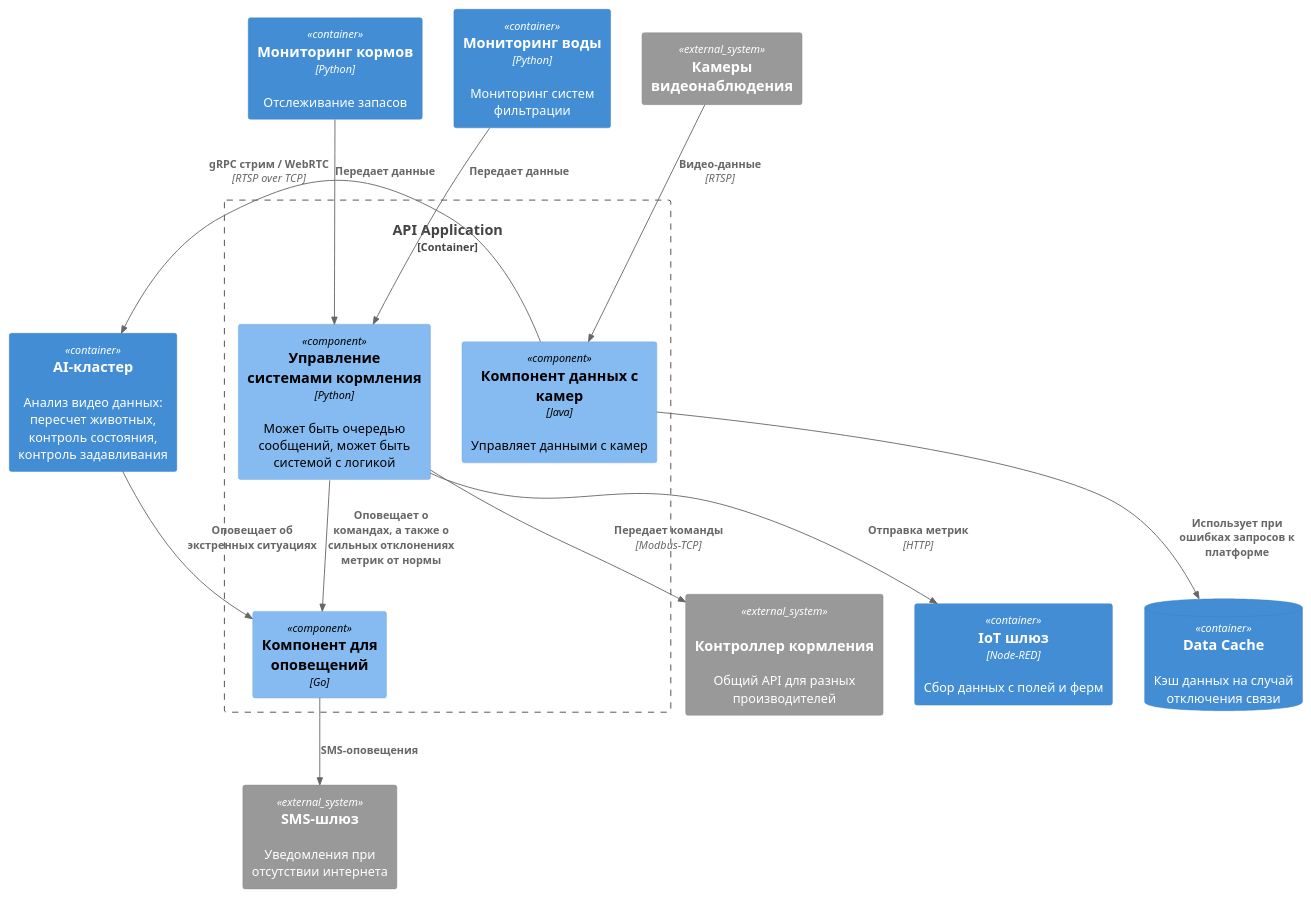
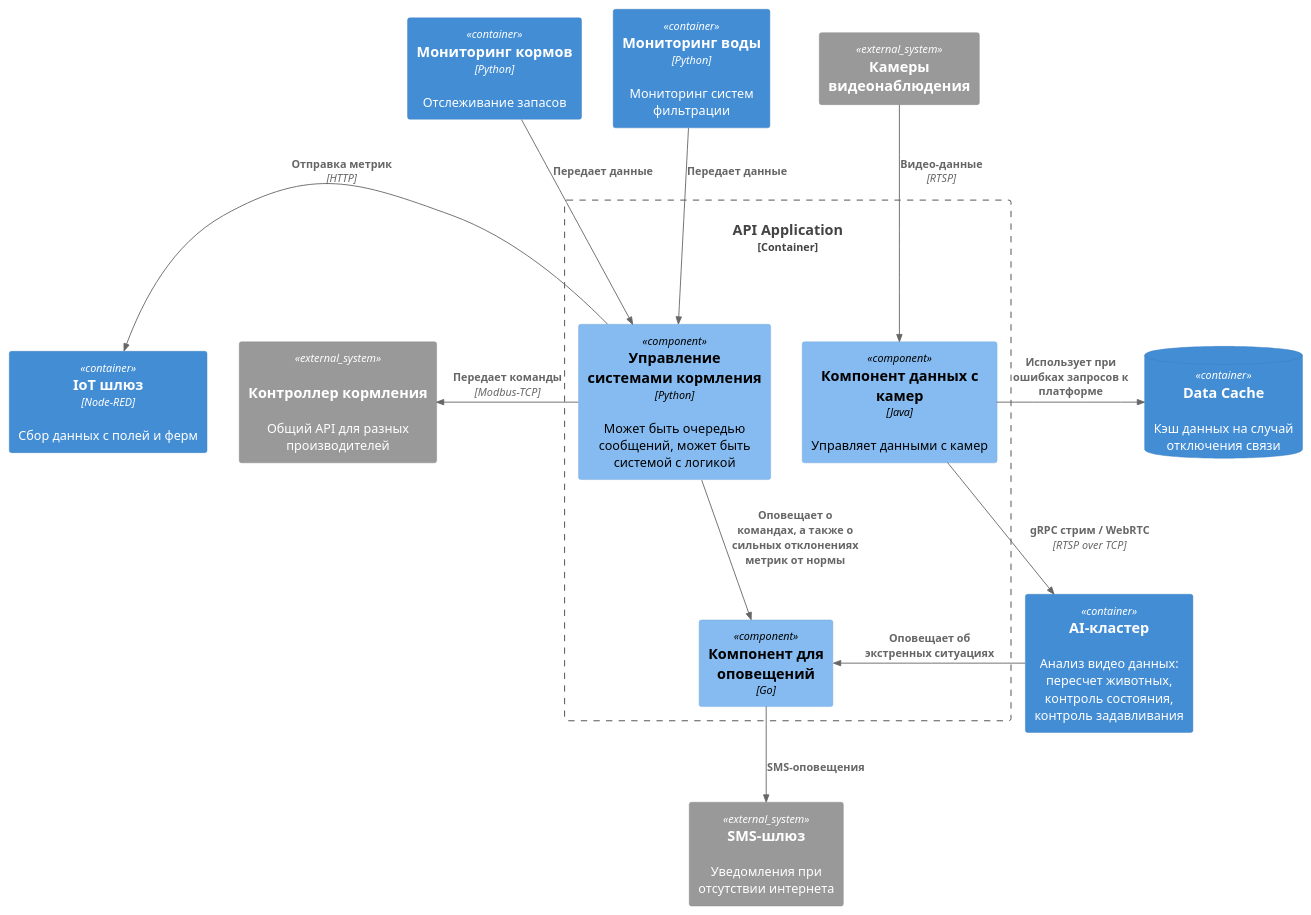
One commit to badKOT/MSA-AgroTech changed the diagram in Task3/agrotech_c3_1.puml. Above: the diagram before and after it, drawn with PlantUML. The commit also changed 3 other files, not shown here.

Commit message:
Диаграммы кода

```diff
--- a/Task3/agrotech_c3_1.puml
+++ b/Task3/agrotech_c3_1.puml
@@ -1,33 +1,33 @@
 @startuml
 !include https://raw.githubusercontent.com/plantuml-stdlib/C4-PlantUML/master/C4_Component.puml
 
 ContainerDb(cache, "Data Cache", "", "Кэш данных на случай отключения связи")
 
 Container(food_mnt, "Мониторинг кормов", "Python", "Отслеживание запасов")
 Container(water_mnt, "Мониторинг воды", "Python", "Мониторинг систем фильтрации")
 
 Container_Boundary(mvp, "API Application") {
     Component(cam_proxy, "Компонент данных с камер", "Java", "Управляет данными с камер")
     Component(feeding_control_component, "Управление системами кормления", "Python", "Может быть очередью сообщений, может быть системой с логикой")
     Component(notification_component, "Компонент для оповещений", "Go")
 }
 
 System_Ext(cam_vendor, "Камеры видеонаблюдения")
 System_Ext(sms_gateway, "SMS-шлюз", "Уведомления при отсутствии интернета")
 System_Ext(feeding_system, "Контроллер кормления", "Общий API для разных производителей", "Modbus/OPC-UA")
 Container(iot_gw, "IoT шлюз", "Node-RED", "Сбор данных с полей и ферм")
 Container(ai_cluster, "AI-кластер", "", "Анализ видео данных: пересчет животных, контроль состояния, контроль задавливания")
 
 Rel(food_mnt, feeding_control_component, "Передает данные")
 Rel(water_mnt, feeding_control_component, "Передает данные")
-Rel(feeding_control_component, feeding_system, "Передает команды", "Modbus-TCP")
-Rel(feeding_control_component, iot_gw, "Отправка метрик", "HTTP")
+Rel_L(feeding_control_component, feeding_system, "Передает команды", "Modbus-TCP")
+Rel_L(feeding_control_component, iot_gw, "Отправка метрик", "HTTP")
 Rel(feeding_control_component, notification_component, "Оповещает о командах, а также о сильных отклонениях метрик от нормы")
 
 Rel(cam_vendor, cam_proxy, "Видео-данные", "RTSP")
-Rel(cam_proxy, cache, "Использует при ошибках запросов к платформе")
+Rel_R(cam_proxy, cache, "Использует при ошибках запросов к платформе")
 Rel(notification_component, sms_gateway, "SMS-оповещения")
-Rel(cam_proxy, ai_cluster, "gRPC стрим / WebRTC", "RTSP over TCP")
-Rel(ai_cluster, notification_component, "Оповещает об экстренных ситуациях")
+Rel_D(cam_proxy, ai_cluster, "gRPC стрим / WebRTC", "RTSP over TCP")
+Rel_L(ai_cluster, notification_component, "Оповещает об экстренных ситуациях")
 
 @enduml
```
